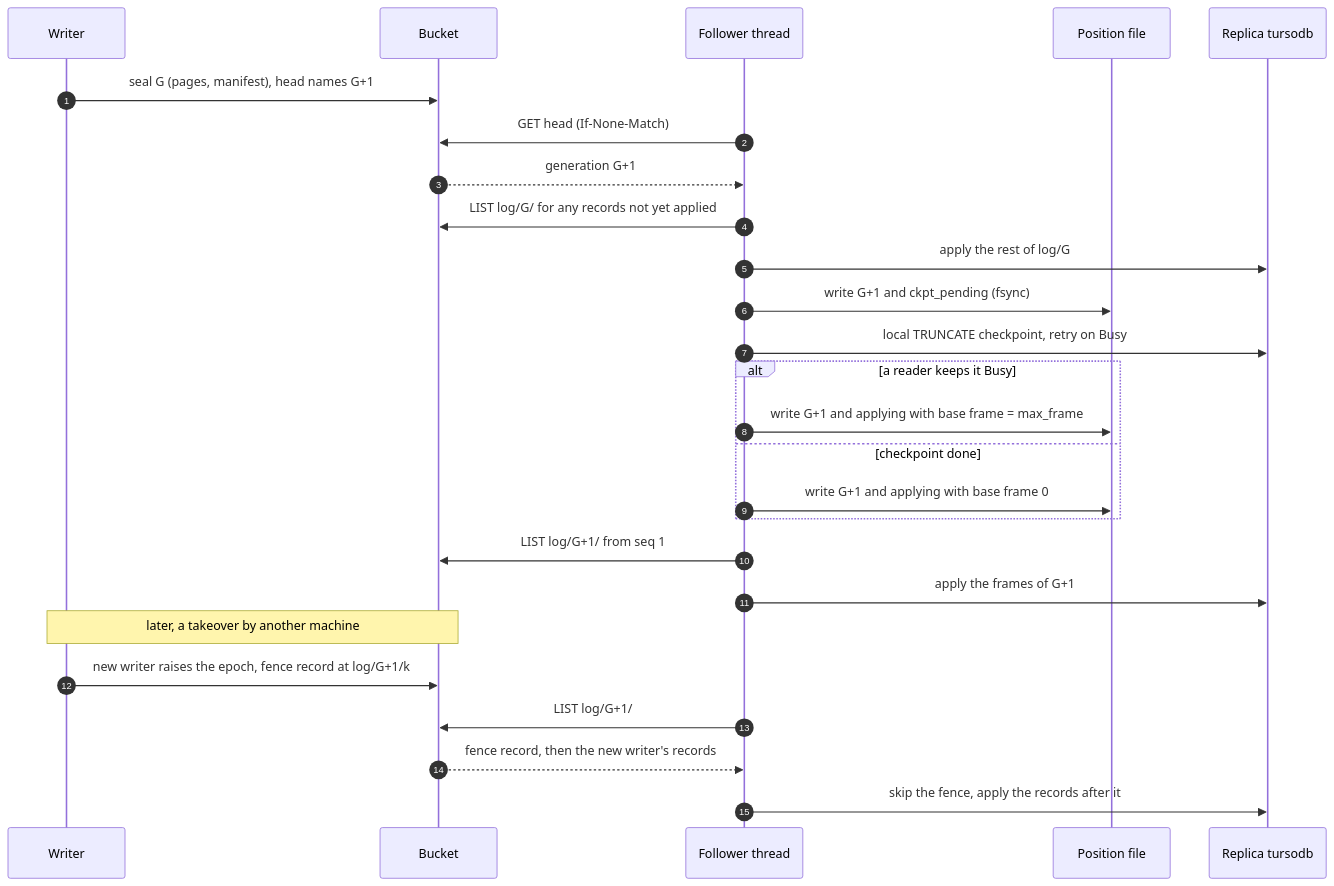
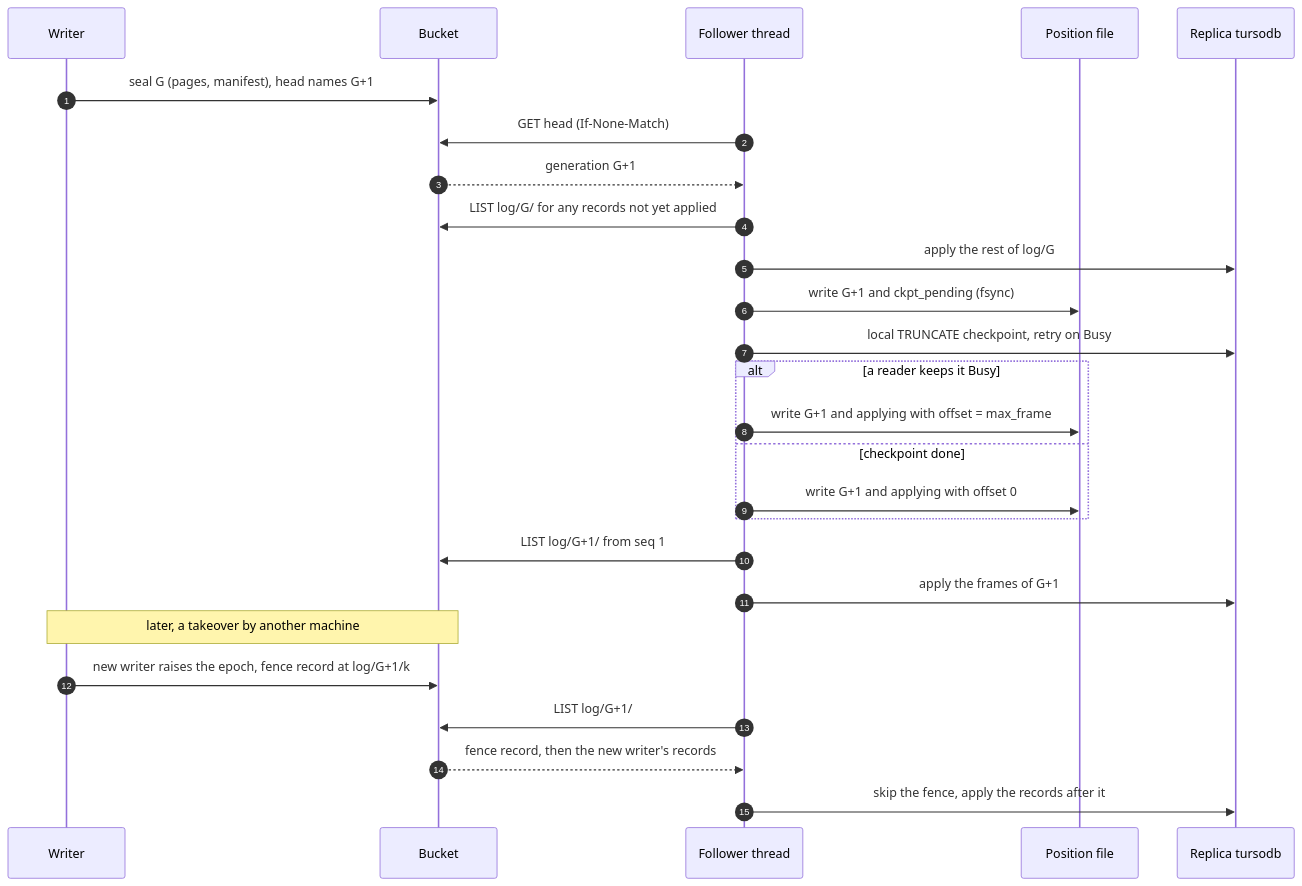
One commit to kahgeh/buckwal changed the third of 4 diagrams in docs/read-replicas-recon.md. Above: the diagram before and after it, drawn with Mermaid. The commit also changed other lines of this file and 6 other files, not shown here.

````diff
--- a/docs/read-replicas-recon.md
+++ b/docs/read-replicas-recon.md
@@ -370,28 +420,28 @@
 ```mermaid
 sequenceDiagram
   autonumber
   participant W as Writer
   participant B as Bucket
   participant F as Follower thread
   participant P as Position file
   participant DB as Replica tursodb
   W->>B: seal G (pages, manifest), head names G+1
   F->>B: GET head (If-None-Match)
   B-->>F: generation G+1
   F->>B: LIST log/G/ for any records not yet applied
   F->>DB: apply the rest of log/G
   F->>P: write G+1 and ckpt_pending (fsync)
   F->>DB: local TRUNCATE checkpoint, retry on Busy
   alt a reader keeps it Busy
-    F->>P: write G+1 and applying with base frame = max_frame
+    F->>P: write G+1 and applying with offset = max_frame
   else checkpoint done
-    F->>P: write G+1 and applying with base frame 0
+    F->>P: write G+1 and applying with offset 0
   end
   F->>B: LIST log/G+1/ from seq 1
   F->>DB: apply the frames of G+1
   Note over W,B: later, a takeover by another machine
   W->>B: new writer raises the epoch, fence record at log/G+1/k
   F->>B: LIST log/G+1/
   B-->>F: fence record, then the new writer's records
   F->>DB: skip the fence, apply the records after it
 ```
````
